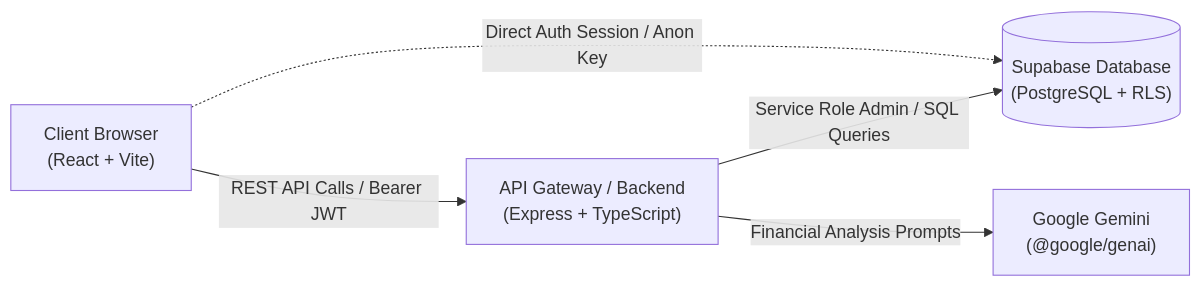
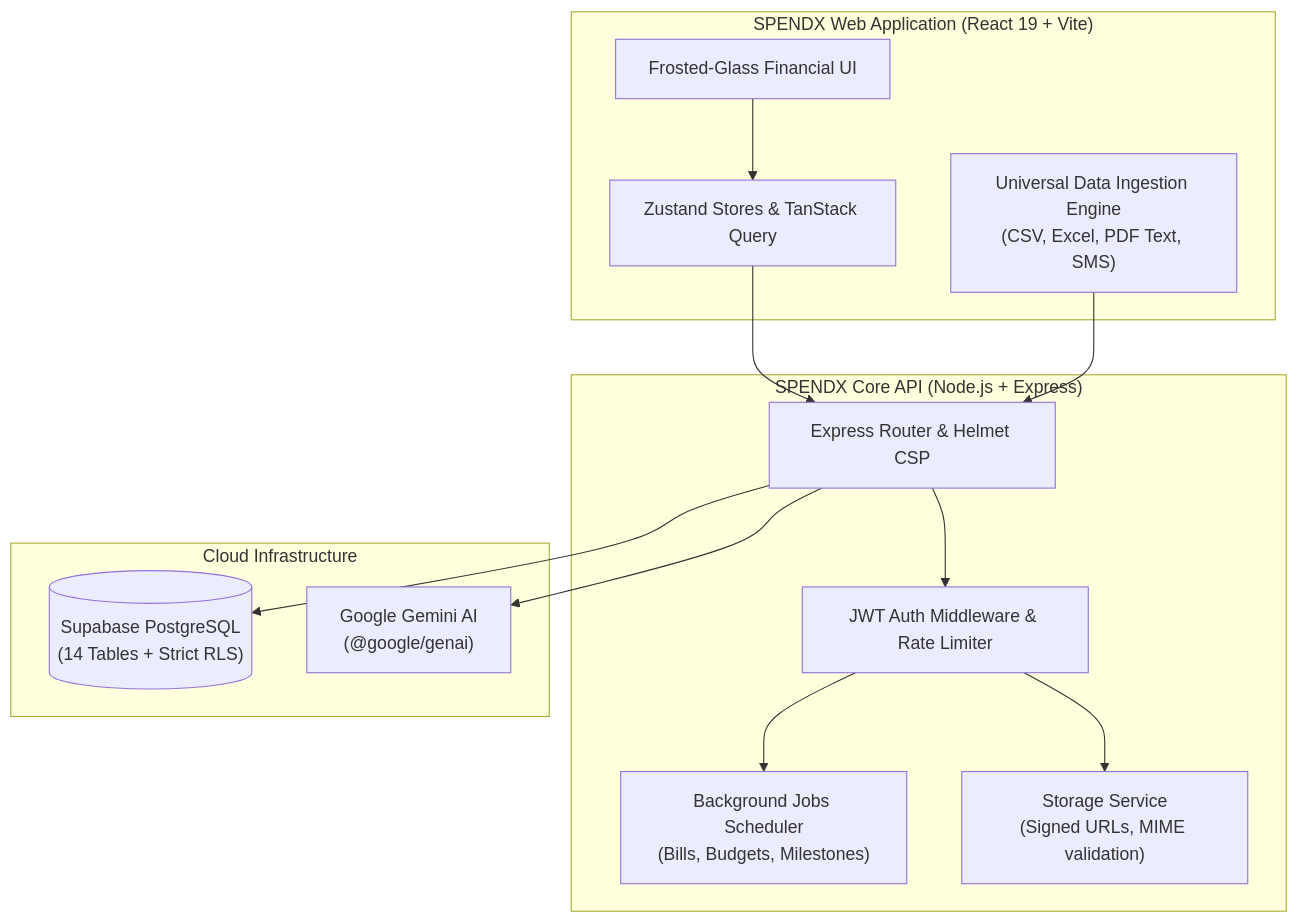
The diagram in README.md (void-dev01/SpendX), drawn with Mermaid before and after one commit. The commit also changed other lines of this file and 5 other files, not shown here.

````diff
--- a/README.md
+++ b/README.md
@@ -78,12 +63,29 @@
 ```mermaid
-flowchart LR
-    Browser["Client Browser<br/>(React + Vite)"]
-    API["API Gateway / Backend<br/>(Express + TypeScript)"]
-    DB[("Supabase Database<br/>(PostgreSQL + RLS)")]
-    Gemini["Google Gemini<br/>(@google/genai)"]
+flowchart TD
+    subgraph Client ["SPENDX Web Application (React 19 + Vite)"]
+        UI["Frosted-Glass Financial UI"]
+        State["Zustand Stores & TanStack Query"]
+        Import["Universal Data Ingestion Engine<br/>(CSV, Excel, PDF Text, SMS)"]
+    end
 
-    Browser -->|REST API Calls / Bearer JWT| API
-    Browser -.->|Direct Auth Session / Anon Key| DB
-    API -->|Service Role Admin / SQL Queries| DB
-    API -->|Financial Analysis Prompts| Gemini
+    subgraph Backend ["SPENDX Core API (Node.js + Express)"]
+        Gateway["Express Router & Helmet CSP"]
+        Auth["JWT Auth Middleware & Rate Limiter"]
+        Scheduler["Background Jobs Scheduler<br/>(Bills, Budgets, Milestones)"]
+        Storage["Storage Service<br/>(Signed URLs, MIME validation)"]
+    end
+
+    subgraph Infrastructure ["Cloud Infrastructure"]
+        Supabase[("Supabase PostgreSQL<br/>(14 Tables + Strict RLS)")]
+        Gemini["Google Gemini AI<br/>(@google/genai)"]
+    end
+
+    UI --> State
+    State --> Gateway
+    Import --> Gateway
+    Gateway --> Auth
+    Auth --> Scheduler
+    Auth --> Storage
+    Gateway --> Supabase
+    Gateway --> Gemini
 ```
````
